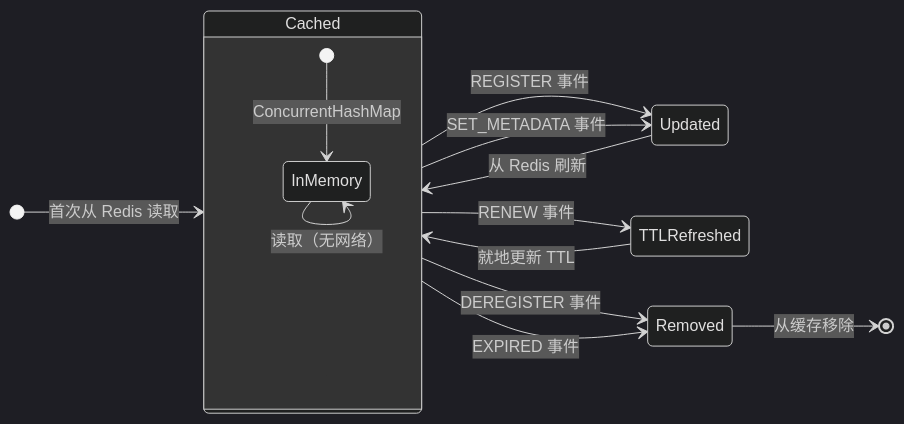
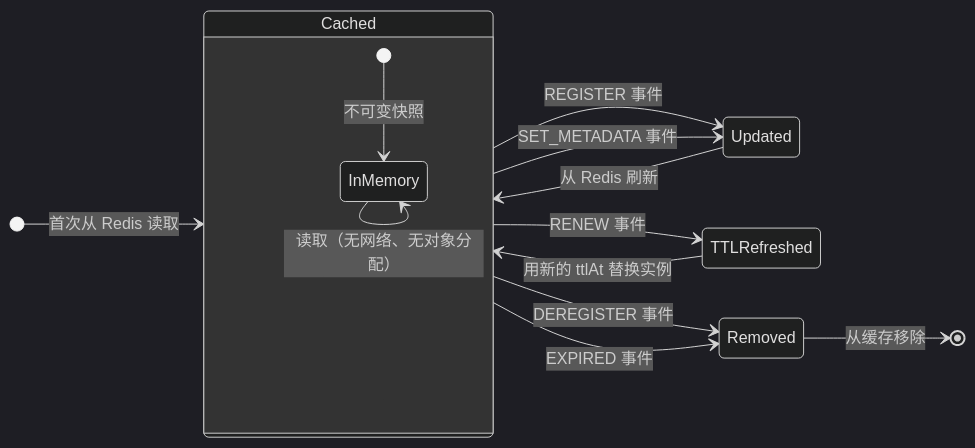
The fifth of 6 diagrams in wiki/zh/guide/performance.md (Ahoo-Wang/CoSky), drawn with Mermaid (dark theme) before and after one commit. The commit also changed other lines of this file and 35 other files, not shown here.

````diff
--- a/wiki/zh/guide/performance.md
+++ b/wiki/zh/guide/performance.md
@@ -187,18 +187,18 @@
 ```mermaid
 stateDiagram-v2
     direction LR
     [*] --> Cached: 首次从 Redis 读取
     Cached --> Updated: REGISTER 事件
     Cached --> Updated: SET_METADATA 事件
     Cached --> TTLRefreshed: RENEW 事件
     Cached --> Removed: DEREGISTER 事件
     Cached --> Removed: EXPIRED 事件
     Updated --> Cached: 从 Redis 刷新
-    TTLRefreshed --> Cached: 就地更新 TTL
+    TTLRefreshed --> Cached: 用新的 ttlAt 替换实例
     Removed --> [*]: 从缓存移除
 
     state Cached {
-        [*] --> InMemory: ConcurrentHashMap
-        InMemory --> InMemory: 读取（无网络）
+        [*] --> InMemory: 不可变快照
+        InMemory --> InMemory: 读取（无网络、无对象分配）
     }
 ```
````
